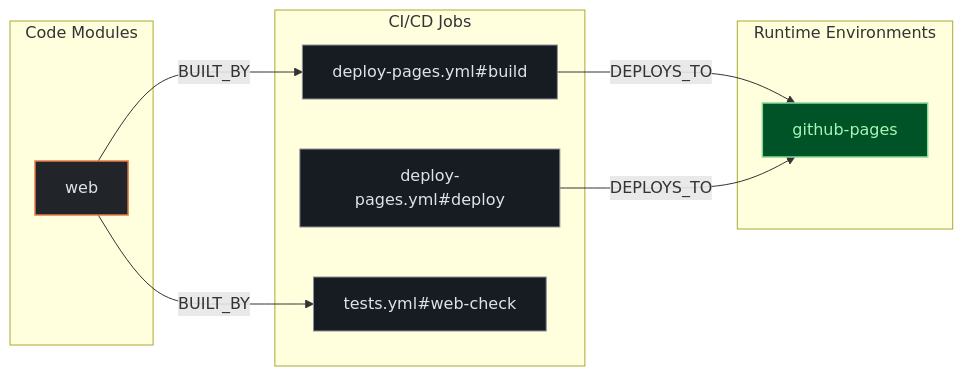
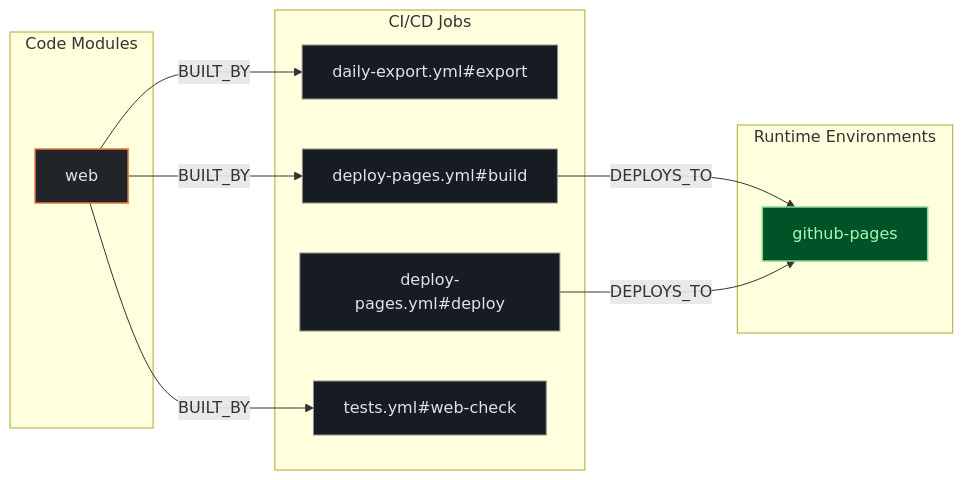
One commit to kumarshaz/atruss-code-atlas changed the second of 3 diagrams in exports/latest/reports/kumarshaz-atruss-code-atlas-report.md. Above: the diagram before and after it, drawn with Mermaid. The commit also changed other lines of this file and 1613 other files, not shown here.

Commit message:
chore(daily-export): refresh exports/latest snapshot

````diff
--- a/exports/latest/reports/kumarshaz-atruss-code-atlas-report.md
+++ b/exports/latest/reports/kumarshaz-atruss-code-atlas-report.md
@@ -167,22 +254,25 @@
 ```mermaid
 flowchart LR
+    %% title: Code-to-Cloud Deployment Traceability
     classDef atlasCategory fill:#212428,stroke:#E87A48,stroke-width:1.5px,color:#dfe3eb
     classDef atlasWorkflow fill:#1b2026,stroke:#a3c9ff,stroke-width:1.5px,color:#dfe3eb
     classDef atlasJob fill:#171c22,stroke:#8d9199,stroke-width:1px,color:#dfe3eb
     classDef atlasTarget fill:#005227,stroke:#8bd99b,stroke-width:1.5px,color:#a7f6b6
     subgraph code_modules["Code Modules"]
         mod_web["web"]:::atlasCategory
     end
     subgraph ci_jobs["CI/CD Jobs"]
+        job_daily_export_yml_export["daily-export.yml#export"]:::atlasJob
         job_deploy_pages_yml_build["deploy-pages.yml#build"]:::atlasJob
         job_deploy_pages_yml_deploy["deploy-pages.yml#deploy"]:::atlasJob
         job_tests_yml_web_check["tests.yml#web-check"]:::atlasJob
     end
     subgraph runtime_envs["Runtime Environments"]
         env_github_pages["github-pages"]:::atlasTarget
     end
     job_deploy_pages_yml_build -->|DEPLOYS_TO| env_github_pages
     job_deploy_pages_yml_deploy -->|DEPLOYS_TO| env_github_pages
+    mod_web -->|BUILT_BY| job_daily_export_yml_export
     mod_web -->|BUILT_BY| job_deploy_pages_yml_build
     mod_web -->|BUILT_BY| job_tests_yml_web_check
 ```
````
